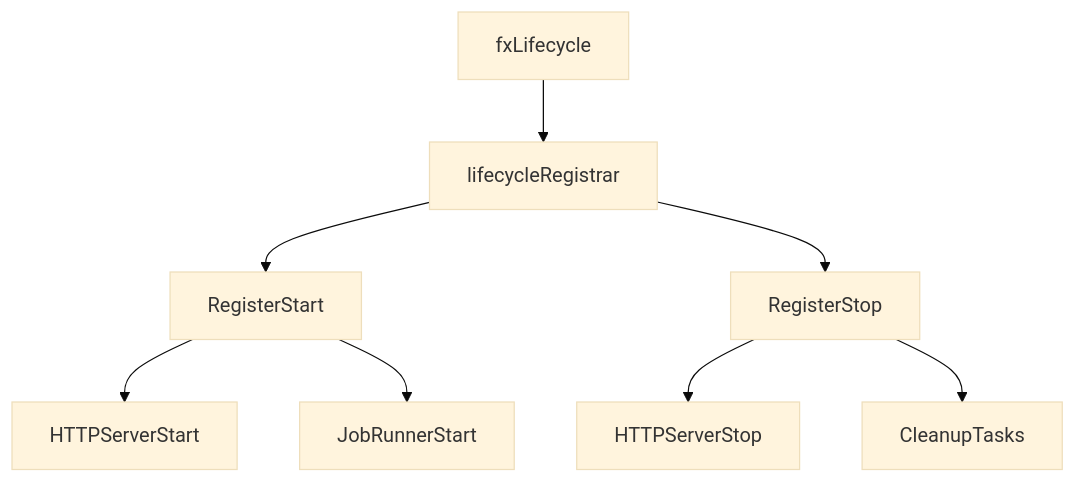
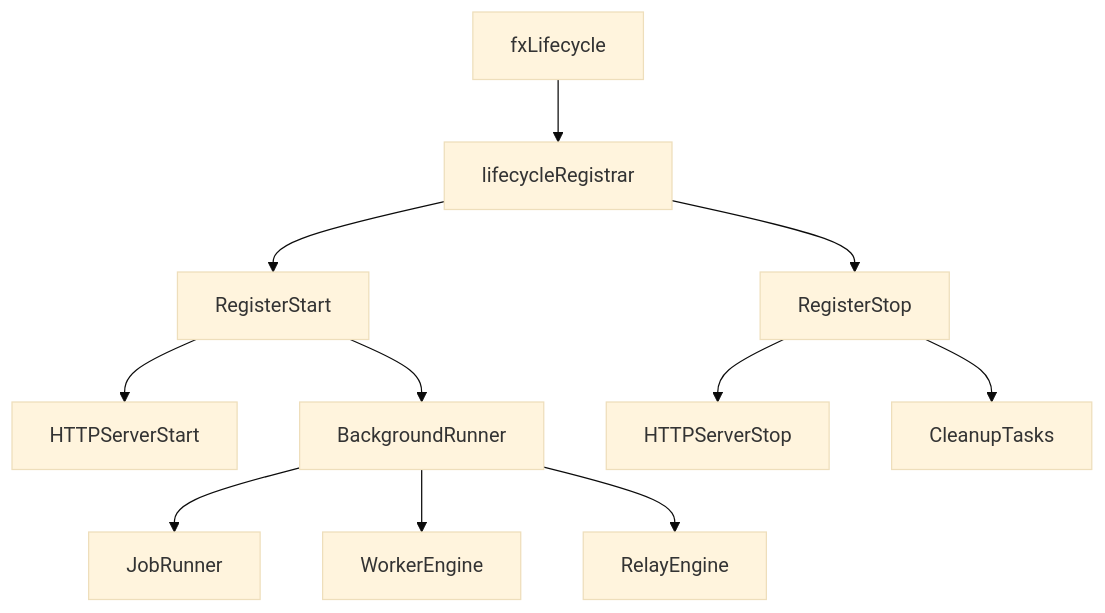
The ninth of 10 diagrams in internal/di/README.ja.md (Tomy-ch/go-boilerplate), drawn with Mermaid (base theme) before and after one commit. The commit also changed other lines of this file and 114 other files, not shown here.

````diff
--- a/internal/di/README.ja.md
+++ b/internal/di/README.ja.md
@@ -359,14 +483,18 @@
 ```mermaid
 flowchart TD
 
 fxLifecycle --> lifecycleRegistrar
 
 lifecycleRegistrar --> RegisterStart
 lifecycleRegistrar --> RegisterStop
 
 RegisterStart --> HTTPServerStart
-RegisterStart --> JobRunnerStart
+RegisterStart --> BackgroundRunner
+
+BackgroundRunner --> JobRunner
+BackgroundRunner --> WorkerEngine
+BackgroundRunner --> RelayEngine
 
 RegisterStop --> HTTPServerStop
 RegisterStop --> CleanupTasks
 ```
````
